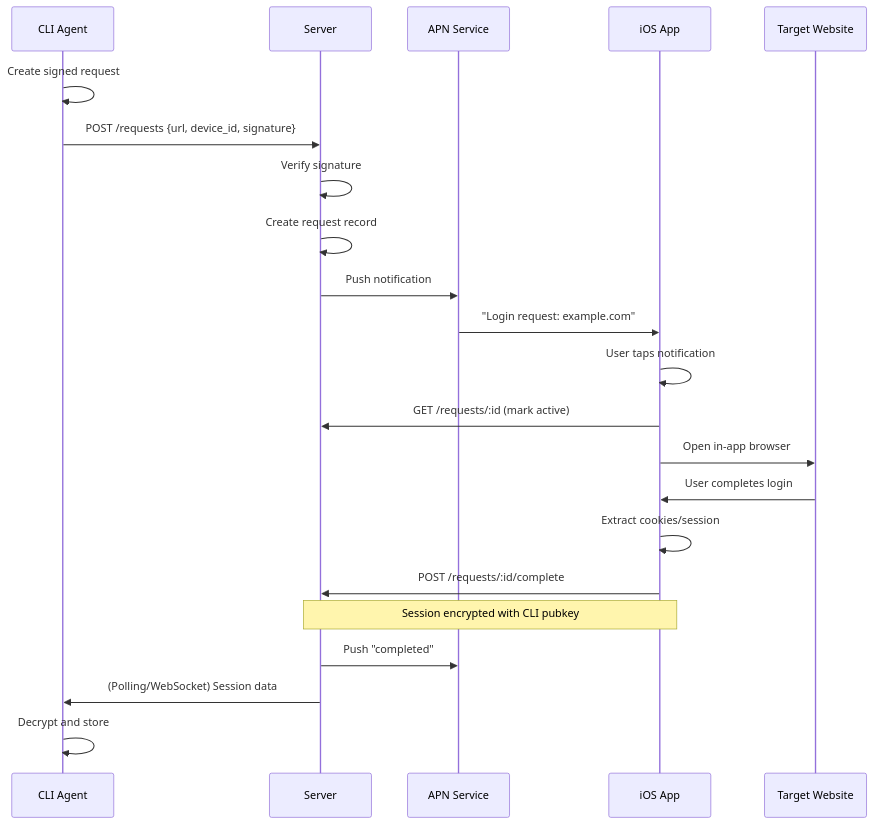
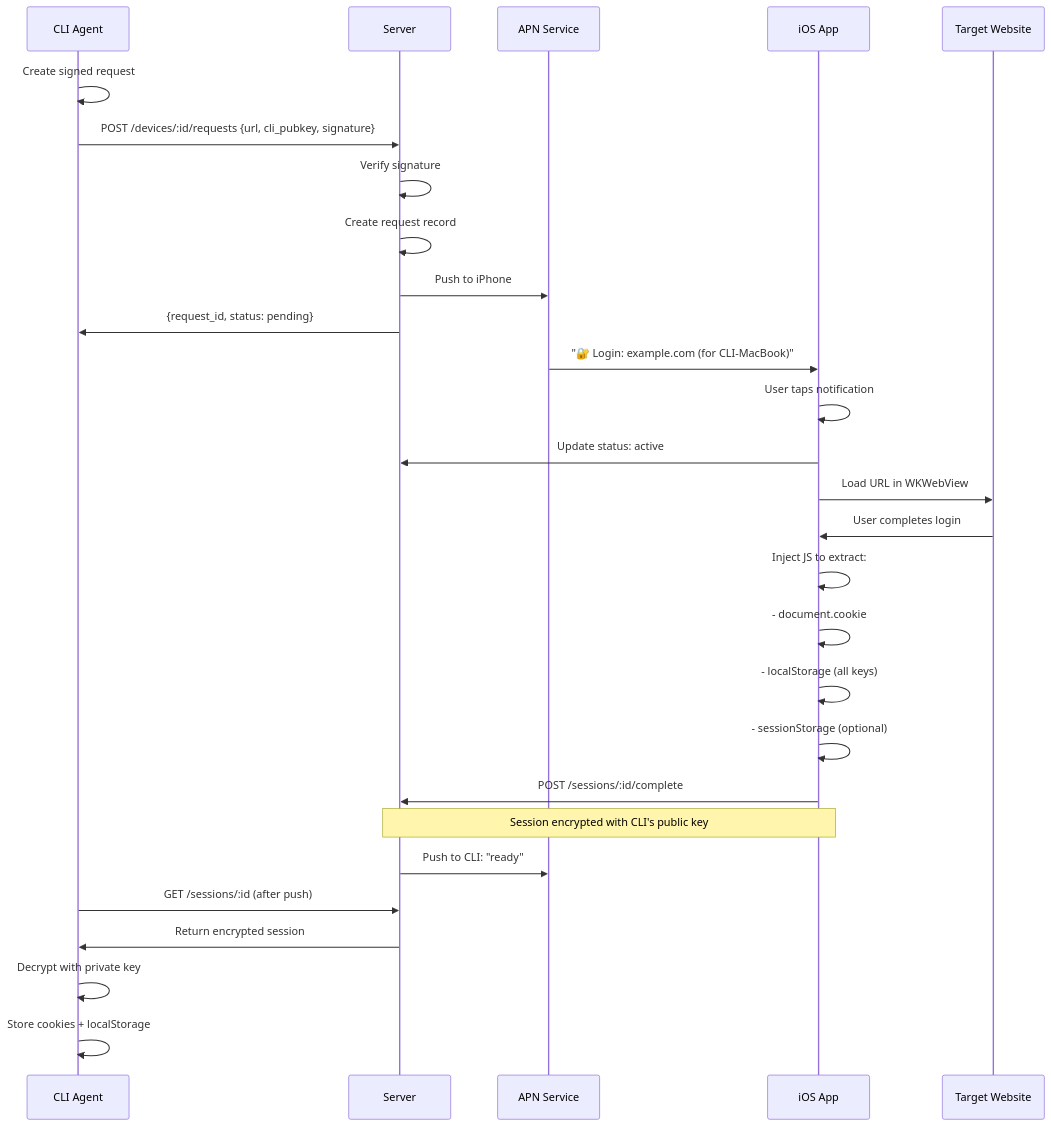
Before and after one commit to Lakr233/Cookey: the second of 2 diagrams in ARCHITECTURE.md, drawn with Mermaid. The commit also changed other lines of this file, not shown here.

First line of the commit message:
docs: update architecture with PR feedback

````diff
--- a/ARCHITECTURE.md
+++ b/ARCHITECTURE.md
@@ -194,29 +216,36 @@
 ```mermaid
 sequenceDiagram
     participant CLI as CLI Agent
     participant S as Server
     participant APN as APN Service
     participant iOS as iOS App
     participant Web as Target Website
     
     CLI->>CLI: Create signed request
-    CLI->>S: POST /requests {url, device_id, signature}
+    CLI->>S: POST /devices/:id/requests {url, cli_pubkey, signature}
     S->>S: Verify signature
     S->>S: Create request record
-    S->>APN: Push notification
+    S->>APN: Push to iPhone
+    S->>CLI: {request_id, status: pending}
     
-    APN->>iOS: "Login request: example.com"
+    APN->>iOS: "🔐 Login: example.com (for CLI-MacBook)"
     iOS->>iOS: User taps notification
-    iOS->>S: GET /requests/:id (mark active)
+    iOS->>S: Update status: active
     
-    iOS->>Web: Open in-app browser
+    iOS->>Web: Load URL in WKWebView
     Web->>iOS: User completes login
-    iOS->>iOS: Extract cookies/session
+    iOS->>iOS: Inject JS to extract:
+    iOS->>iOS: - document.cookie
+    iOS->>iOS: - localStorage (all keys)
+    iOS->>iOS: - sessionStorage (optional)
     
-    iOS->>S: POST /requests/:id/complete
-    Note over iOS,S: Session encrypted with CLI pubkey
+    iOS->>S: POST /sessions/:id/complete
+    Note over iOS,S: Session encrypted with CLI's public key
     
-    S->>APN: Push "completed"
-    S->>CLI: (Polling/WebSocket) Session data
-    CLI->>CLI: Decrypt and store
+    S->>APN: Push to CLI: "ready"
+    
+    CLI->>S: GET /sessions/:id (after push)
+    S->>CLI: Return encrypted session
+    CLI->>CLI: Decrypt with private key
+    CLI->>CLI: Store cookies + localStorage
 ```
````
